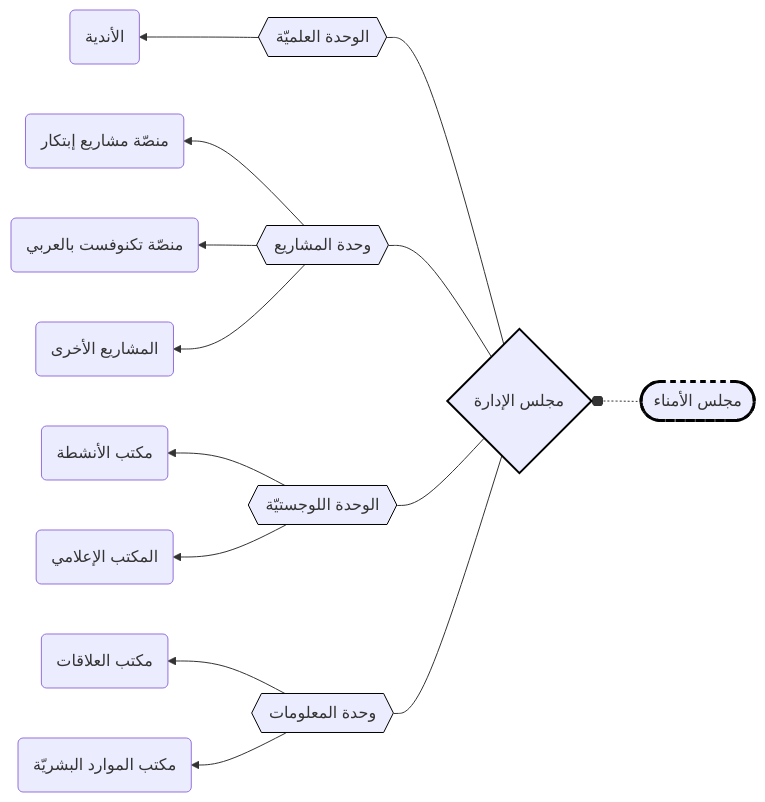
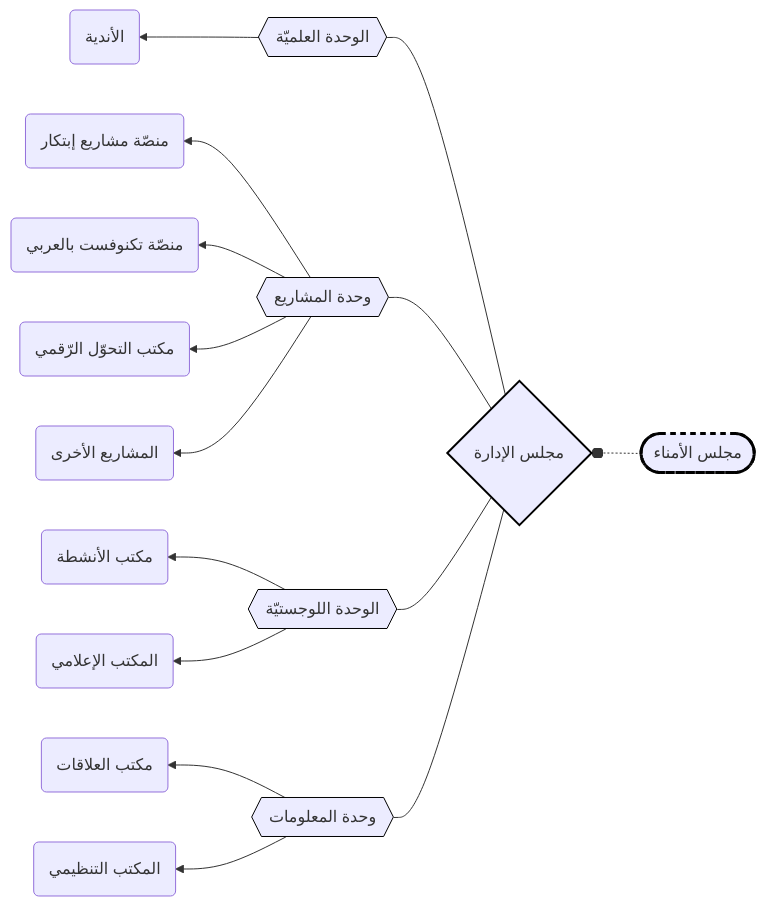
Before and after one commit to ibtikar-org-tr/bylaws: the first of 2 diagrams in README.md, drawn with Mermaid. The commit also changed other lines of this file, not shown here.

Commit message:
تحديث سلّم الهيكليّة الإداريّة

````diff
--- a/README.md
+++ b/README.md
@@ -128,28 +128,29 @@
 ``` mermaid
   flowchart RL
     BOT([مجلس الأمناء]) -.-o BOD{مجلس الإدارة}
     style BOT stroke:black,stroke-width:3px,stroke-dasharray: 5 5
     style BOD stroke:black,stroke-width:2px
     
     BOD --- scientific{{الوحدة العلميّة}}
     BOD --- projects{{وحدة المشاريع}}
     BOD --- logistics{{الوحدة اللوجستيّة}}
     BOD --- information{{وحدة المعلومات}}
     
     style scientific stroke:black
     style projects stroke:black
     style logistics stroke:black
     style information stroke:black
     
     logistics --> l1(مكتب الأنشطة)
     logistics --> l2(المكتب الإعلامي)
     
     projects --> p1(منصّة مشاريع إبتكار)
-    projects --> p3(منصّة تكنوفست بالعربي)
-    projects --> p2(المشاريع الأخرى)
+    projects --> p2(منصّة تكنوفست بالعربي)
+    projects --> p3(مكتب التحوّل الرّقمي)
+    projects --> p4(المشاريع الأخرى)
     
     scientific --> s1(الأندية)
     
     information --> i1(مكتب العلاقات)
-    information --> i2(مكتب الموارد البشريّة)
+    information --> i2(المكتب التنظيمي)
 ```
````
